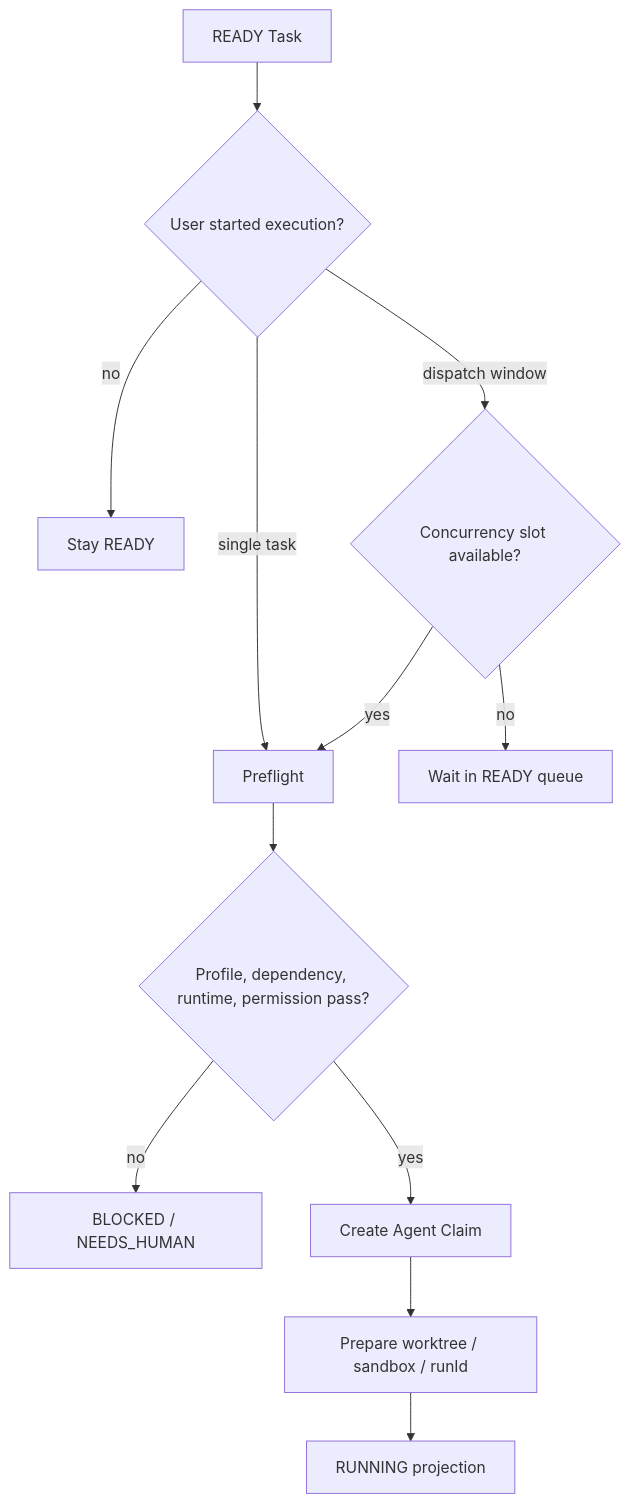
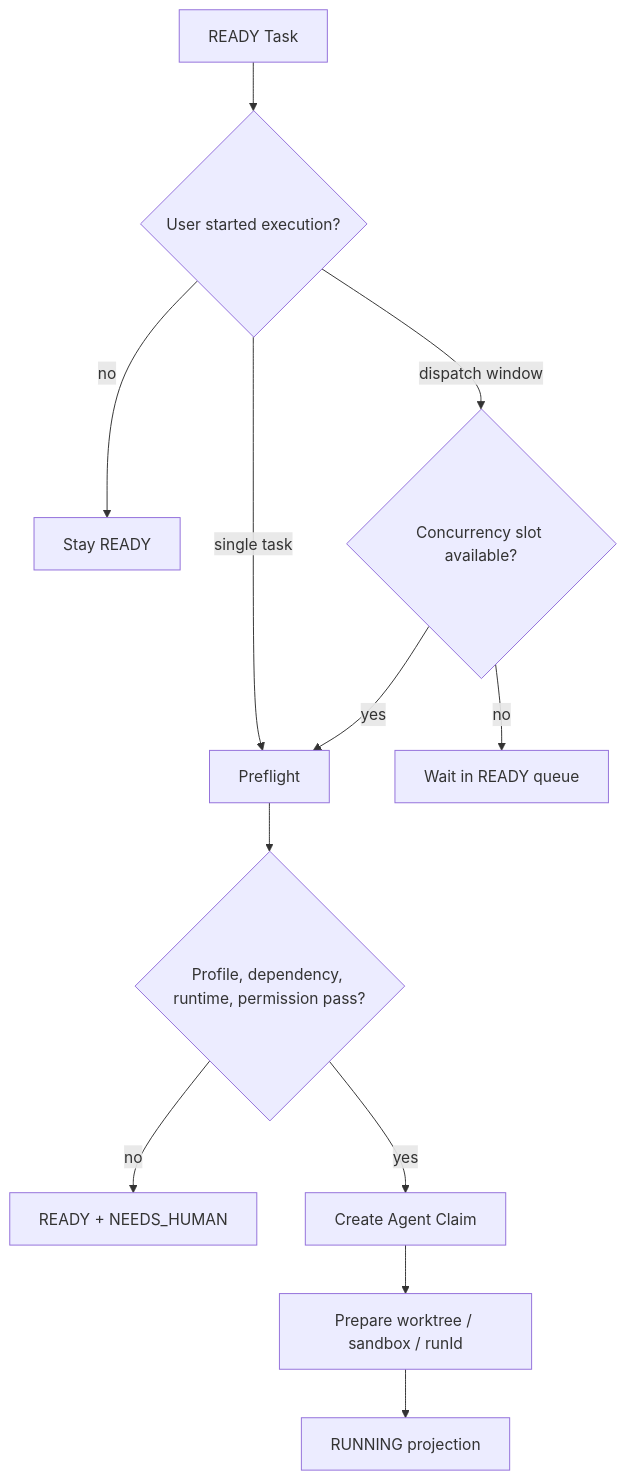
Before and after one commit to samzhu/grimoAPP: the sixth of 10 diagrams in docs/grimo/references/grimo-agent-workflow-definition.md, drawn with Mermaid. The commit also changed other lines of this file and 30 other files, not shown here.

````diff
--- a/docs/grimo/references/grimo-agent-workflow-definition.md
+++ b/docs/grimo/references/grimo-agent-workflow-definition.md
@@ -236,14 +235,14 @@
 ```mermaid
 flowchart TD
   Ready["READY Task"] --> Start{"User started execution?"}
   Start -- "no" --> StayReady["Stay READY"]
   Start -- "single task" --> Preflight["Preflight"]
   Start -- "dispatch window" --> Capacity{"Concurrency slot available?"}
   Capacity -- "no" --> Wait["Wait in READY queue"]
   Capacity -- "yes" --> Preflight
   Preflight --> Runtime{"Profile, dependency, runtime, permission pass?"}
-  Runtime -- "no" --> Blocked["BLOCKED / NEEDS_HUMAN"]
+  Runtime -- "no" --> NeedsHuman["READY + NEEDS_HUMAN"]
   Runtime -- "yes" --> Claim["Create Agent Claim"]
   Claim --> Workspace["Prepare worktree / sandbox / runId"]
   Workspace --> Running["RUNNING projection"]
 ```
````
